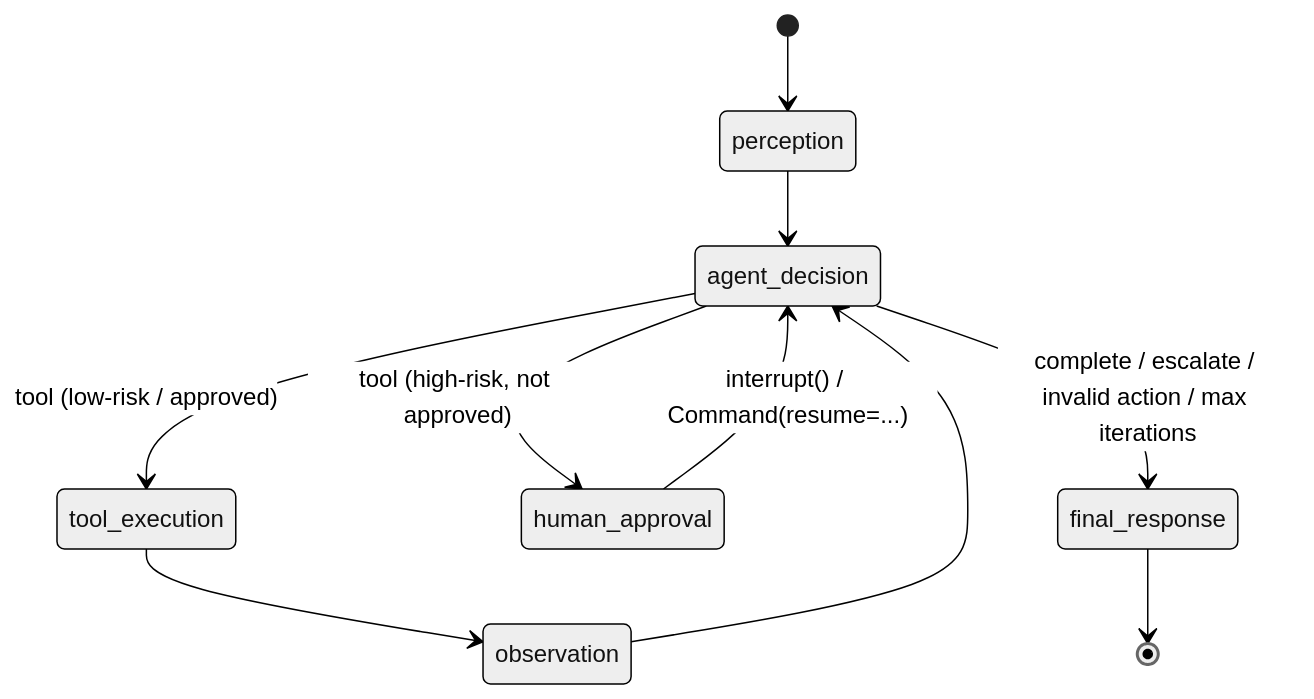
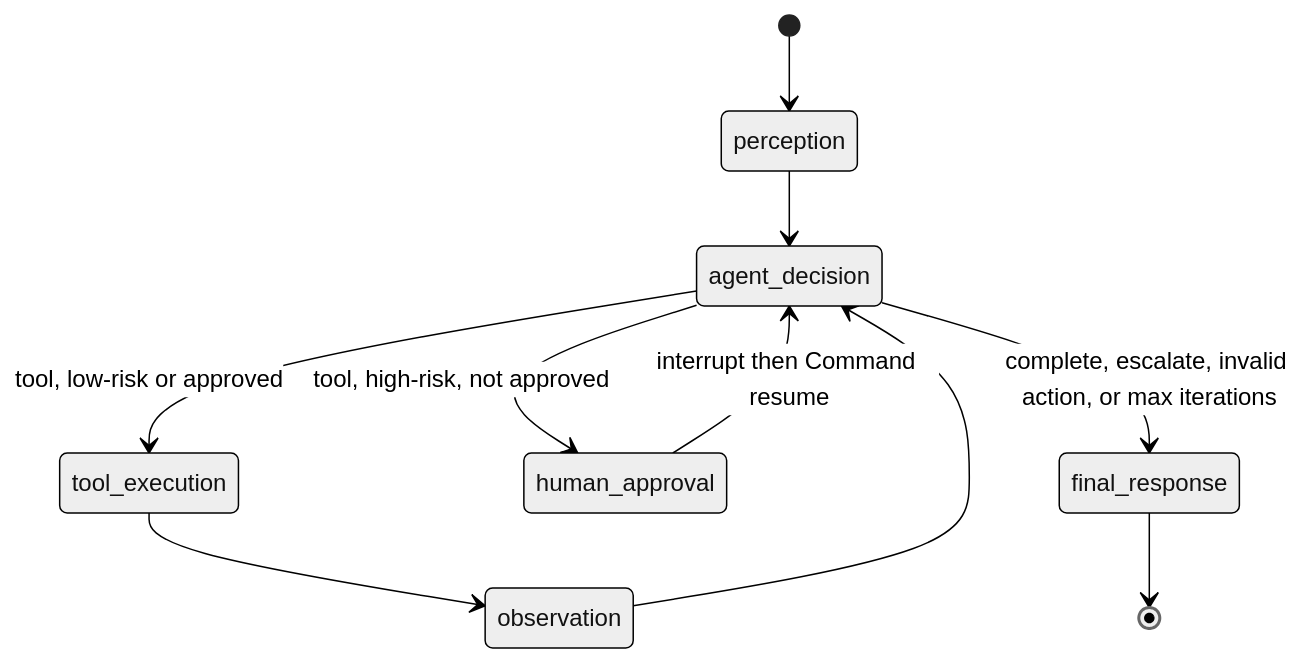
The third of 5 diagrams in docs/architecture.md (linyanqing/BroadbandServiceTriageAIAgent), drawn with Mermaid (neutral theme) before and after one commit. The commit also changed other lines of this file, not shown here.

First line of the commit message:
Fix Mermaid diagram syntax errors in architecture.md

````diff
--- a/docs/architecture.md
+++ b/docs/architecture.md
@@ -70,12 +70,12 @@
 ```mermaid
 stateDiagram-v2
     [*] --> perception
     perception --> agent_decision
-    agent_decision --> tool_execution: tool (low-risk / approved)
-    agent_decision --> human_approval: tool (high-risk, not approved)
-    agent_decision --> final_response: complete / escalate / invalid action / max iterations
+    agent_decision --> tool_execution: tool, low-risk or approved
+    agent_decision --> human_approval: tool, high-risk, not approved
+    agent_decision --> final_response: complete, escalate, invalid action, or max iterations
     tool_execution --> observation
     observation --> agent_decision
-    human_approval --> agent_decision: interrupt() / Command(resume=...)
+    human_approval --> agent_decision: interrupt then Command resume
     final_response --> [*]
 ```
````
